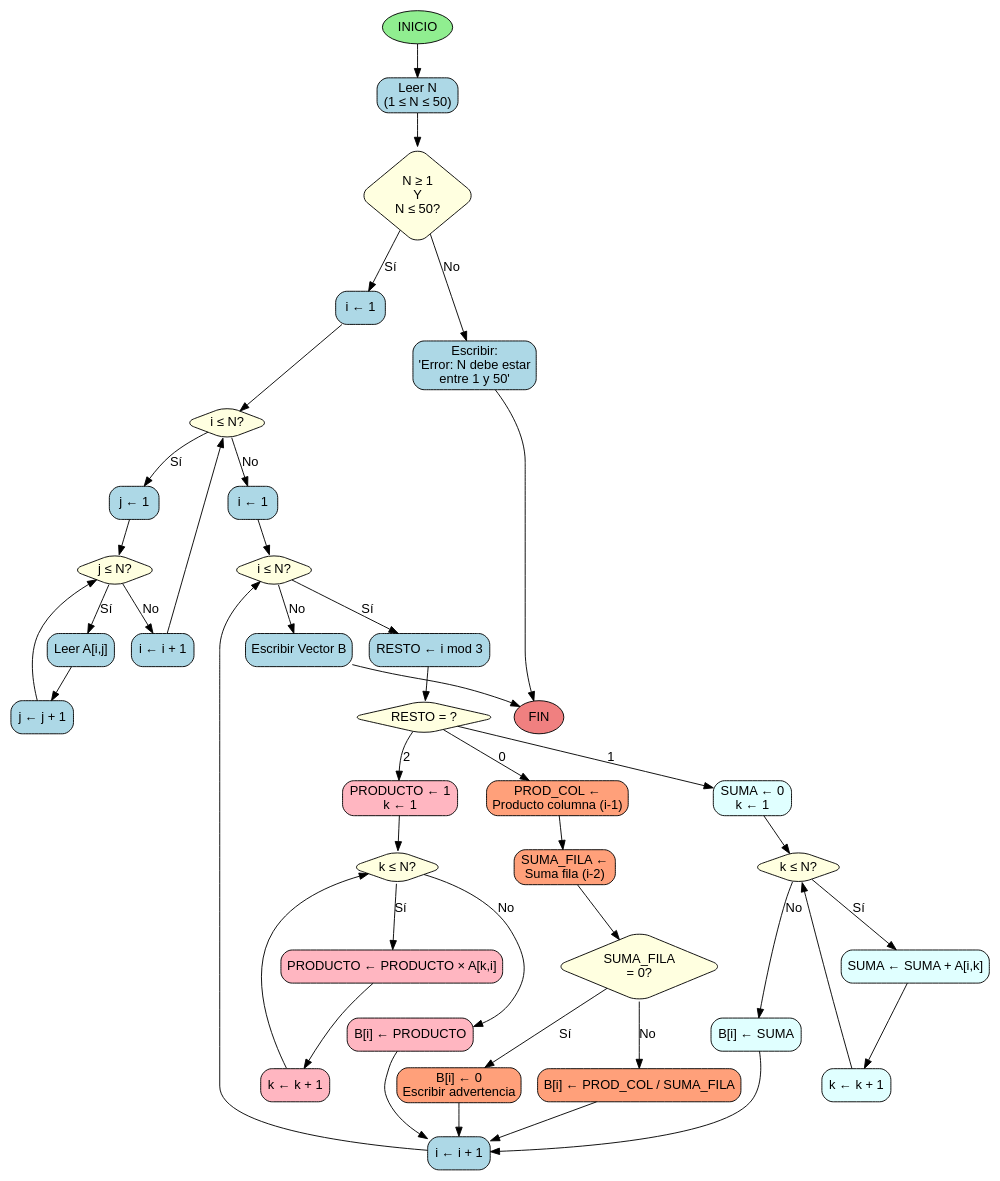
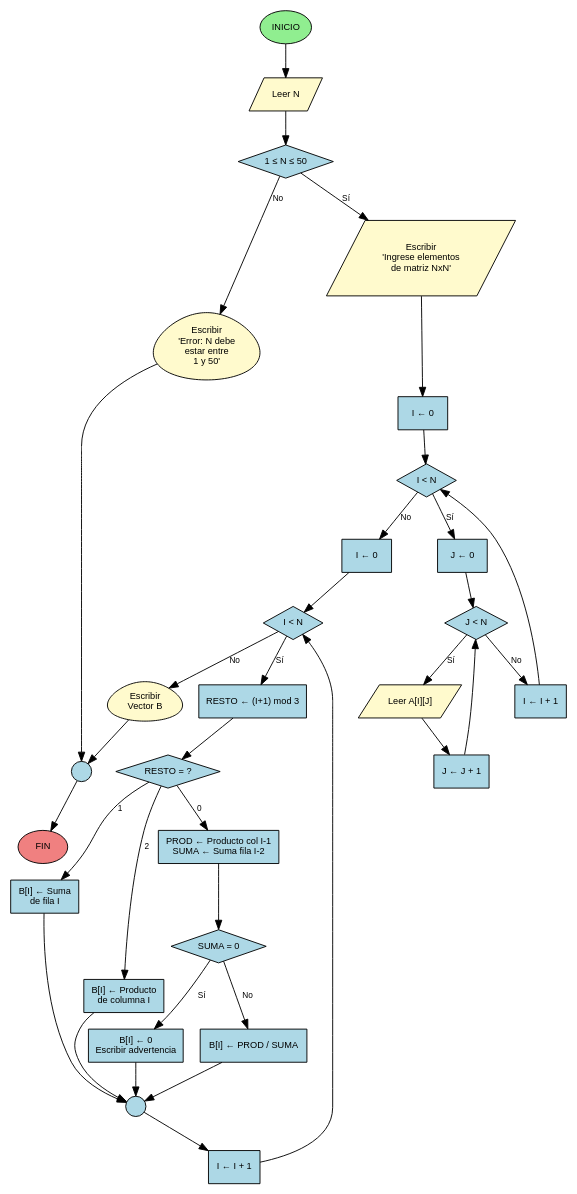
One commit to D1egoXD/JAVA-TICS changed the diagram in diagramas/problema_ps_4_27.dot. Above: the diagram before and after it, drawn with Graphviz. The commit also changed 2 other files, not shown here.

Commit message:
Actualizar PS 4.27 - Generación vector B desde matriz con reglas mod 3

```diff
--- a/diagramas/problema_ps_4_27.dot
+++ b/diagramas/problema_ps_4_27.dot
@@ -1,110 +1,93 @@
-digraph problema_ps_4_27 {
-    // Configuración general
+digraph GeneracionVectorB {
     rankdir=TB;
-    node [shape=box, style="rounded,filled", fillcolor=lightblue, fontname="Arial"];
-    edge [fontname="Arial"];
+    node [shape=box, style=filled, fontname="Arial", fontsize=10];
+    edge [fontname="Arial", fontsize=9];
 
-    // Nodos
-    inicio [label="INICIO", shape=ellipse, fillcolor=lightgreen];
-    leer_n [label="Leer N\n(1 ≤ N ≤ 50)"];
-    validar_n [label="N ≥ 1\nY\nN ≤ 50?", shape=diamond, fillcolor=lightyellow];
-    error_n [label="Escribir:\n'Error: N debe estar\nentre 1 y 50'"];
+    // Nodos principales
+    inicio [label="INICIO", shape=oval, fillcolor="#90EE90", color=black, fontcolor=black];
+    leerN [label="Leer N", shape=parallelogram, fillcolor="#FFFACD", color=black, fontcolor=black];
+    validarN [label="1 ≤ N ≤ 50", shape=diamond, fillcolor="#ADD8E6", color=black, fontcolor=black];
+    mensajeError [label="Escribir\n'Error: N debe\nestar entre\n1 y 50'", shape=egg, fillcolor="#FFFACD", color=black, fontcolor=black];
     
-    // Lectura de la matriz
-    init_lectura [label="i ← 1"];
-    cond_lectura_i [label="i ≤ N?", shape=diamond, fillcolor=lightyellow];
-    init_lectura_j [label="j ← 1"];
-    cond_lectura_j [label="j ≤ N?", shape=diamond, fillcolor=lightyellow];
-    leer_elemento [label="Leer A[i,j]"];
-    inc_j [label="j ← j + 1"];
-    inc_i_lectura [label="i ← i + 1"];
+    // Lectura de matriz A
+    escribirMensaje [label="Escribir\n'Ingrese elementos\nde matriz NxN'", shape=parallelogram, fillcolor="#FFFACD", color=black, fontcolor=black];
+    initI1 [label="I ← 0", shape=box, fillcolor="#ADD8E6", color=black, fontcolor=black];
+    decisionI1 [label="I < N", shape=diamond, fillcolor="#ADD8E6", color=black, fontcolor=black];
+    initJ1 [label="J ← 0", shape=box, fillcolor="#ADD8E6", color=black, fontcolor=black];
+    decisionJ1 [label="J < N", shape=diamond, fillcolor="#ADD8E6", color=black, fontcolor=black];
+    leerElemento [label="Leer A[I][J]", shape=parallelogram, fillcolor="#FFFACD", color=black, fontcolor=black];
+    incrementJ1 [label="J ← J + 1", shape=box, fillcolor="#ADD8E6", color=black, fontcolor=black];
+    incrementI1 [label="I ← I + 1", shape=box, fillcolor="#ADD8E6", color=black, fontcolor=black];
     
-    // Generación del vector B
-    init_gen_b [label="i ← 1"];
-    cond_gen_b [label="i ≤ N?", shape=diamond, fillcolor=lightyellow];
+    // Generar vector B
+    initI2 [label="I ← 0", shape=box, fillcolor="#ADD8E6", color=black, fontcolor=black];
+    decisionI2 [label="I < N", shape=diamond, fillcolor="#ADD8E6", color=black, fontcolor=black];
+    calcMod [label="RESTO ← (I+1) mod 3", shape=box, fillcolor="#ADD8E6", color=black, fontcolor=black];
+    checkMod [label="RESTO = ?", shape=diamond, fillcolor="#ADD8E6", color=black, fontcolor=black];
     
-    // Calcular i mod 3
-    calc_mod [label="RESTO ← i mod 3"];
-    check_mod [label="RESTO = ?", shape=diamond, fillcolor=lightyellow];
+    // Caso 1: Suma de fila
+    caso1 [label="B[I] ← Suma\nde fila I", shape=box, fillcolor="#ADD8E6", color=black, fontcolor=black];
     
-    // Caso 1: Suma de fila (mod = 1)
-    caso1_init [label="SUMA ← 0\nk ← 1", fillcolor=lightcyan];
-    caso1_cond [label="k ≤ N?", shape=diamond, fillcolor=lightyellow];
-    caso1_suma [label="SUMA ← SUMA + A[i,k]", fillcolor=lightcyan];
-    caso1_inc [label="k ← k + 1", fillcolor=lightcyan];
-    caso1_asignar [label="B[i] ← SUMA", fillcolor=lightcyan];
+    // Caso 2: Producto de columna
+    caso2 [label="B[I] ← Producto\nde columna I", shape=box, fillcolor="#ADD8E6", color=black, fontcolor=black];
     
-    // Caso 2: Producto de columna (mod = 2)
-    caso2_init [label="PRODUCTO ← 1\nk ← 1", fillcolor=lightpink];
-    caso2_cond [label="k ≤ N?", shape=diamond, fillcolor=lightyellow];
-    caso2_prod [label="PRODUCTO ← PRODUCTO × A[k,i]", fillcolor=lightpink];
-    caso2_inc [label="k ← k + 1", fillcolor=lightpink];
-    caso2_asignar [label="B[i] ← PRODUCTO", fillcolor=lightpink];
+    // Caso 3: División
+    caso3Calc [label="PROD ← Producto col I-1\nSUMA ← Suma fila I-2", shape=box, fillcolor="#ADD8E6", color=black, fontcolor=black];
+    caso3Check [label="SUMA = 0", shape=diamond, fillcolor="#ADD8E6", color=black, fontcolor=black];
+    caso3Div0 [label="B[I] ← 0\nEscribir advertencia", shape=box, fillcolor="#ADD8E6", color=black, fontcolor=black];
+    caso3Div [label="B[I] ← PROD / SUMA", shape=box, fillcolor="#ADD8E6", color=black, fontcolor=black];
     
-    // Caso 3: División (mod = 0)
-    caso3_prod_col [label="PROD_COL ←\nProducto columna (i-1)", fillcolor=lightsalmon];
-    caso3_suma_fila [label="SUMA_FILA ←\nSuma fila (i-2)", fillcolor=lightsalmon];
-    caso3_check_div [label="SUMA_FILA\n= 0?", shape=diamond, fillcolor=lightyellow];
-    caso3_div_cero [label="B[i] ← 0\nEscribir advertencia", fillcolor=lightsalmon];
-    caso3_division [label="B[i] ← PROD_COL / SUMA_FILA", fillcolor=lightsalmon];
+    conector1 [label="", shape=circle, width=0.3, height=0.3, fillcolor="#ADD8E6", color=black];
+    incrementI2 [label="I ← I + 1", shape=box, fillcolor="#ADD8E6", color=black, fontcolor=black];
     
-    // Incremento y salida
-    inc_i_gen [label="i ← i + 1"];
-    escribir_b [label="Escribir Vector B"];
-    fin [label="FIN", shape=ellipse, fillcolor=lightcoral];
+    // Salida
+    escribirB [label="Escribir\nVector B", shape=egg, fillcolor="#FFFACD", color=black, fontcolor=black];
+    conector2 [label="", shape=circle, width=0.3, height=0.3, fillcolor="#ADD8E6", color=black];
+    fin [label="FIN", shape=oval, fillcolor="#F08080", color=black, fontcolor=black];
     
-    // Flujo principal
-    inicio -> leer_n;
-    leer_n -> validar_n;
-    validar_n -> error_n [label="No"];
-    validar_n -> init_lectura [label="Sí"];
-    error_n -> fin;
+    // Conexiones principales
+    inicio -> leerN;
+    leerN -> validarN;
+    validarN -> escribirMensaje [label="Sí"];
+    validarN -> mensajeError [label="No"];
     
-    // Lectura de matriz
-    init_lectura -> cond_lectura_i;
-    cond_lectura_i -> init_gen_b [label="No"];
-    cond_lectura_i -> init_lectura_j [label="Sí"];
-    init_lectura_j -> cond_lectura_j;
-    cond_lectura_j -> inc_i_lectura [label="No"];
-    cond_lectura_j -> leer_elemento [label="Sí"];
-    leer_elemento -> inc_j;
-    inc_j -> cond_lectura_j;
-    inc_i_lectura -> cond_lectura_i;
+    // Lectura de matriz (doble ciclo)
+    escribirMensaje -> initI1;
+    initI1 -> decisionI1;
+    decisionI1 -> initJ1 [label="Sí"];
+    decisionI1 -> initI2 [label="No"];
+    initJ1 -> decisionJ1;
+    decisionJ1 -> leerElemento [label="Sí"];
+    decisionJ1 -> incrementI1 [label="No"];
+    leerElemento -> incrementJ1;
+    incrementJ1 -> decisionJ1;
+    incrementI1 -> decisionI1;
     
     // Generación de vector B
-    init_gen_b -> cond_gen_b;
-    cond_gen_b -> escribir_b [label="No"];
-    cond_gen_b -> calc_mod [label="Sí"];
-    calc_mod -> check_mod;
+    initI2 -> decisionI2;
+    decisionI2 -> calcMod [label="Sí"];
+    decisionI2 -> escribirB [label="No"];
+    calcMod -> checkMod;
     
-    // Caso 1 (mod = 1)
-    check_mod -> caso1_init [label="1"];
-    caso1_init -> caso1_cond;
-    caso1_cond -> caso1_asignar [label="No"];
-    caso1_cond -> caso1_suma [label="Sí"];
-    caso1_suma -> caso1_inc;
-    caso1_inc -> caso1_cond;
-    caso1_asignar -> inc_i_gen;
+    // Casos según mod
+    checkMod -> caso1 [label="1"];
+    checkMod -> caso2 [label="2"];
+    checkMod -> caso3Calc [label="0"];
     
-    // Caso 2 (mod = 2)
-    check_mod -> caso2_init [label="2"];
-    caso2_init -> caso2_cond;
-    caso2_cond -> caso2_asignar [label="No"];
-    caso2_cond -> caso2_prod [label="Sí"];
-    caso2_prod -> caso2_inc;
-    caso2_inc -> caso2_cond;
-    caso2_asignar -> inc_i_gen;
+    caso1 -> conector1;
+    caso2 -> conector1;
     
-    // Caso 3 (mod = 0)
-    check_mod -> caso3_prod_col [label="0"];
-    caso3_prod_col -> caso3_suma_fila;
-    caso3_suma_fila -> caso3_check_div;
-    caso3_check_div -> caso3_div_cero [label="Sí"];
-    caso3_check_div -> caso3_division [label="No"];
-    caso3_div_cero -> inc_i_gen;
-    caso3_division -> inc_i_gen;
+    caso3Calc -> caso3Check;
+    caso3Check -> caso3Div0 [label="Sí"];
+    caso3Check -> caso3Div [label="No"];
+    caso3Div0 -> conector1;
+    caso3Div -> conector1;
     
-    // Continuación
-    inc_i_gen -> cond_gen_b;
-    escribir_b -> fin;
+    conector1 -> incrementI2;
+    incrementI2 -> decisionI2;
+    
+    // Fin
+    escribirB -> conector2;
+    mensajeError -> conector2;
+    conector2 -> fin;
 }
```
